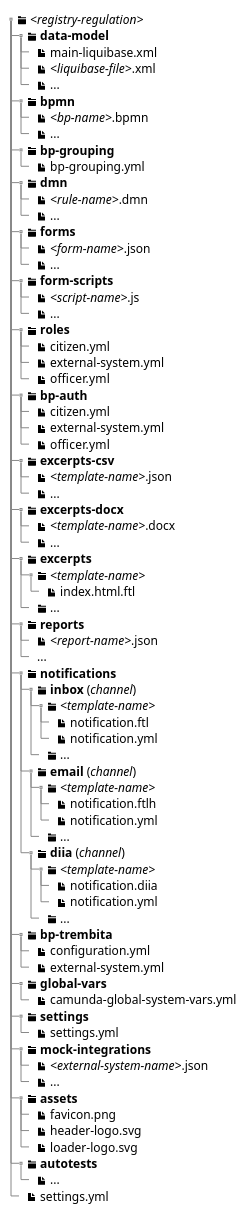
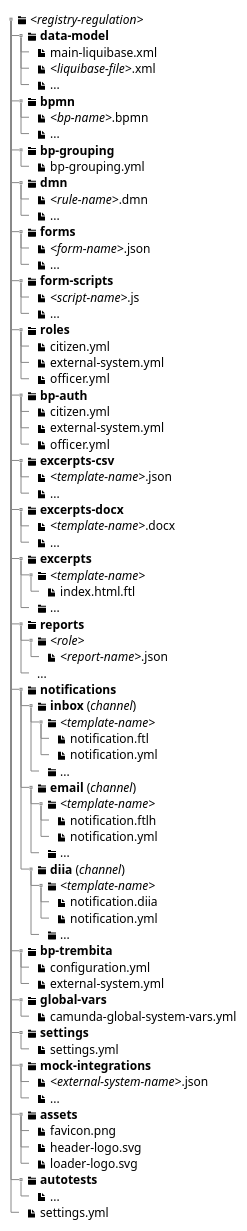
One commit to epam/edp-ddm-architecture changed the diagram in docs/ua/modules/arch/pages/architecture/registry/administrative/regulation-management/registry-regulation/registry-regulation.adoc. Above: the diagram before and after it, drawn with PlantUML. The commit also changed other lines of this file and 5 other files, not shown here.

```diff
--- a/docs/ua/modules/arch/pages/architecture/registry/administrative/regulation-management/registry-regulation/registry-regulation.adoc
+++ b/docs/ua/modules/arch/pages/architecture/registry/administrative/regulation-management/registry-regulation/registry-regulation.adoc
@@ -32,82 +32,83 @@
 [plantuml, registry-regulation-structure, svg]
 ----
 @startsalt
 {
 {T
 + <&folder> <i><registry-regulation></i>
 ++ <&folder> <b>data-model</b>
 +++ <&file> main-liquibase.xml
 +++ <&file> <i><liquibase-file></i>.xml
 +++ <&file> ...
 ++ <&folder> <b>bpmn</b>
 +++ <&file> <i><bp-name></i>.bpmn
 +++ <&file> ...
 ++ <&folder> <b>bp-grouping</b>
 +++ <&file> bp-grouping.yml
 ++ <&folder> <b>dmn</b>
 +++ <&file> <i><rule-name></i>.dmn
 +++ <&file> ...
 ++ <&folder> <b>forms</b>
 +++ <&file> <i><form-name></i>.json
 +++ <&file> ...
 ++ <&folder> <b>form-scripts</b>
 +++ <&file> <i><script-name></i>.js
 +++ <&file> ...
 ++ <&folder> <b>roles</b>
 +++ <&file> citizen.yml
 +++ <&file> external-system.yml
 +++ <&file> officer.yml
 ++ <&folder> <b>bp-auth</b>
 +++ <&file> citizen.yml
 +++ <&file> external-system.yml
 +++ <&file> officer.yml
 ++ <&folder> <b>excerpts-csv</b>
 +++ <&file> <i><template-name></i>.json
 +++ <&file> ...
 ++ <&folder> <b>excerpts-docx</b>
 +++ <&file> <i><template-name></i>.docx
 +++ <&file> ...
 ++ <&folder> <b>excerpts</b>
 +++ <&folder> <i><template-name></i>
 ++++ <&file> index.html.ftl
 +++ <&folder> ...
 ++ <&folder> <b>reports</b>
-+++ <&file> <i><report-name></i>.json
++++ <&folder> <i><role></i>
+++++ <&file> <i><report-name></i>.json
 +++ ...
 ++ <&folder> <b>notifications</b>
 +++ <&folder> <b>inbox</b> (<i>channel</i>)
 ++++ <&folder> <i><template-name></i>
 +++++ <&file> notification.ftl
 +++++ <&file> notification.yml
 ++++ <&folder> ...
 +++ <&folder> <b>email</b> (<i>channel</i>)
 ++++ <&folder> <i><template-name></i>
 +++++ <&file> notification.ftlh
 +++++ <&file> notification.yml
 ++++ <&folder> ...
 +++ <&folder> <b>diia</b> (<i>channel</i>)
 ++++ <&folder> <i><template-name></i>
 +++++ <&file> notification.diia
 +++++ <&file> notification.yml
 ++++ <&folder> ...
 ++ <&folder> <b>bp-trembita</b>
 +++ <&file> configuration.yml
 +++ <&file> external-system.yml
 ++ <&folder> <b>global-vars</b>
 +++ <&file> camunda-global-system-vars.yml
 ++ <&folder> <b>settings</b>
 +++ <&file> settings.yml
 ++ <&folder> <b>mock-integrations</b>
 +++ <&file> <i><external-system-name></i>.json
 +++ <&file> ...
 ++ <&folder> <b>assets</b>
 +++ <&file> favicon.png
 +++ <&file> header-logo.svg
 +++ <&file> loader-logo.svg
 ++ <&folder> <b>autotests</b>
 +++ <&file> ...
 ++ <&file> settings.yml
 }
 }
 @endsalt
 ----
```
